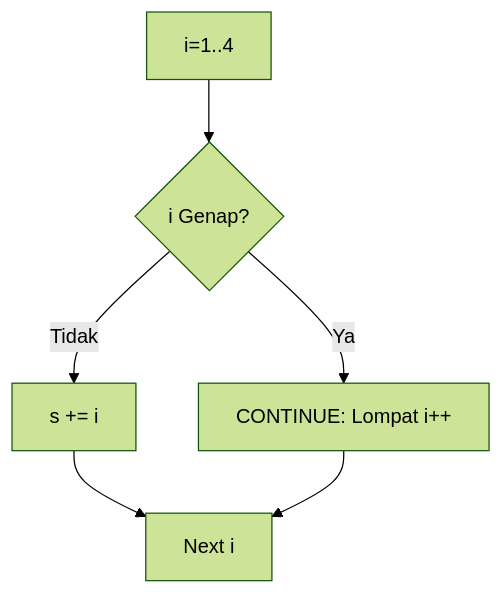
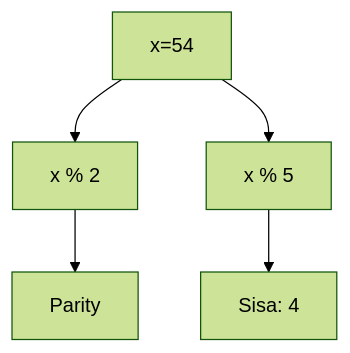
Before and after one commit to amnahwaida/OSNK_INF_PREP: diagram 12 of 25 in part-c-pemahaman-cpp/03-perulangan/latihan/set-03.md, drawn with Mermaid (forest theme). The commit also changed other lines of this file and 71 other files, not shown here.

````diff
--- a/part-c-pemahaman-cpp/03-perulangan/latihan/set-03.md
+++ b/part-c-pemahaman-cpp/03-perulangan/latihan/set-03.md
@@ -436,8 +352,7 @@
 ```mermaid
 graph TD
-    A[i=1..4] --> B{i Genap?}
-    B -- Ya --> C[CONTINUE: Lompat i++]
-    B -- Tidak --> D[s += i]
-    D --> E[Next i]
-    C --> E
+A[x=54] --> B[x % 2]
+B --> C[Parity]
+A --> D[x % 5]
+D --> E[Sisa: 4]
 ```
````
